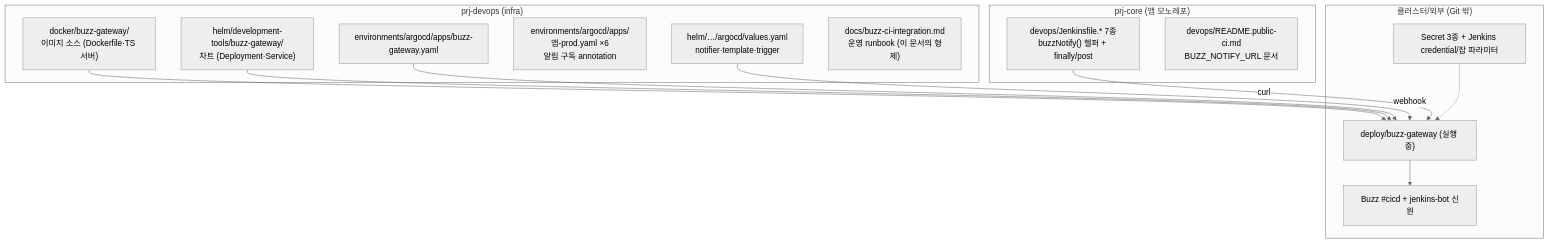
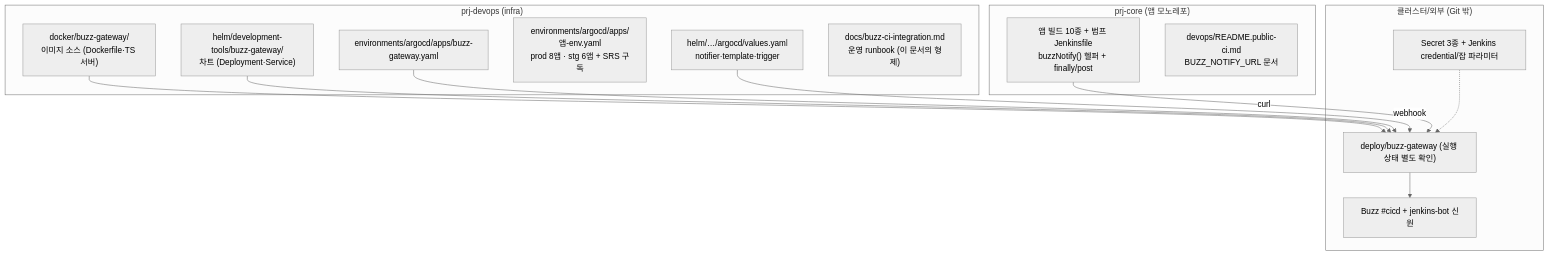
Before and after one commit to kimjoongwon/prj-devops: the seventh of 7 diagrams in docs/buzz-architecture-visual.md, drawn with Mermaid (neutral theme). The commit also changed other lines of this file and 12 other files, not shown here.

````diff
--- a/docs/buzz-architecture-visual.md
+++ b/docs/buzz-architecture-visual.md
@@ -247,27 +252,27 @@
 ```mermaid
 flowchart TB
     subgraph PRJD["prj-devops (infra)"]
         D1["docker/buzz-gateway/<br/>이미지 소스 (Dockerfile·TS 서버)"]
         D2["helm/development-tools/buzz-gateway/<br/>차트 (Deployment·Service)"]
         D3["environments/argocd/apps/buzz-gateway.yaml"]
-        D4["environments/argocd/apps/앱-prod.yaml ×6<br/>알림 구독 annotation"]
+        D4["environments/argocd/apps/앱-env.yaml<br/>prod 8앱 · stg 6앱 + SRS 구독"]
         D5["helm/…/argocd/values.yaml<br/>notifier·template·trigger"]
         D6["docs/buzz-ci-integration.md<br/>운영 runbook (이 문서의 형제)"]
     end
     subgraph PRJC["prj-core (앱 모노레포)"]
-        C1["devops/Jenkinsfile.* 7종<br/>buzzNotify() 헬퍼 + finally/post"]
+        C1["앱 빌드 10종 + 범프 Jenkinsfile<br/>buzzNotify() 헬퍼 + finally/post"]
         C2["devops/README.public-ci.md<br/>BUZZ_NOTIFY_URL 문서"]
     end
     subgraph LIVE["클러스터/외부 (Git 밖)"]
-        L1["deploy/buzz-gateway (실행 중)"]
+        L1["deploy/buzz-gateway (실행 상태 별도 확인)"]
         L2["Secret 3종 + Jenkins credential/잡 파라미터"]
         L3["Buzz #cicd + jenkins-bot 신원"]
     end
     D1 --> L1
     D2 --> L1
     D3 --> L1
     C1 -->|"curl"| L1
     D5 -->|"webhook"| L1
     L1 --> L3
     L2 -.-> L1
 ```
````
